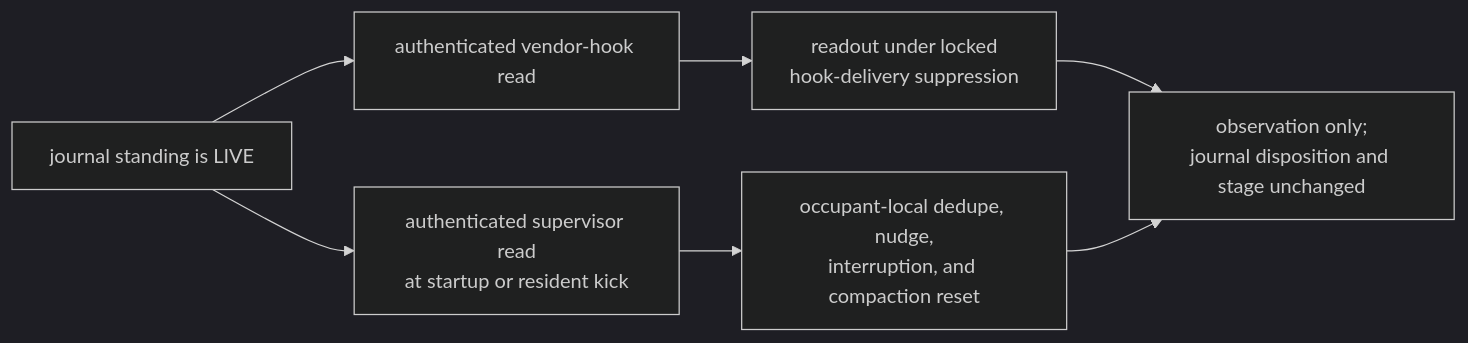
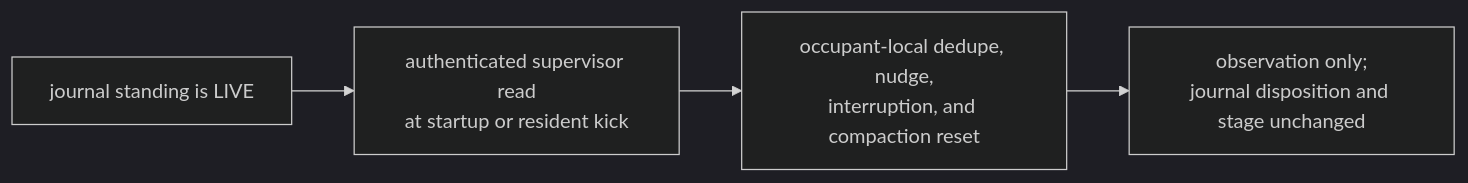
Before and after one commit to infimalabs/spice-rust: the tenth of 19 diagrams in docs/product/model/states.md, drawn with Mermaid (dark theme). The commit also changed other lines of this file and 195 other files, not shown here.

````diff
--- a/docs/product/model/states.md
+++ b/docs/product/model/states.md
@@ -252,9 +251,6 @@
 ```mermaid
 flowchart LR
-  J["journal standing is LIVE"] --> H["authenticated vendor-hook read"]
-  J --> S["authenticated supervisor read<br/>at startup or resident kick"]
-  H --> HR["readout under locked<br/>hook-delivery suppression"]
+  J["journal standing is LIVE"] --> S["authenticated supervisor read<br/>at startup or resident kick"]
   S --> SR["occupant-local dedupe, nudge,<br/>interruption, and compaction reset"]
-  HR --> O["observation only;<br/>journal disposition and stage unchanged"]
-  SR --> O
+  SR --> O["observation only;<br/>journal disposition and stage unchanged"]
 ```
````
